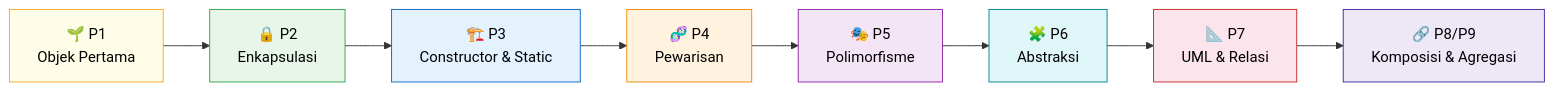
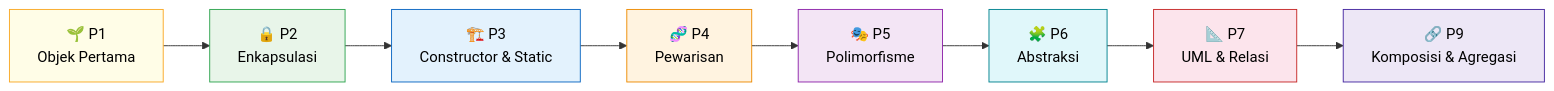
One commit to muhammadkiro516-netizen/Praktikum-PBO-A-MuhammadSalmanAlFarisi-4525210141 changed the first of 2 diagrams in README.md. Above: the diagram before and after it, drawn with Mermaid. The commit also changed other lines of this file and 67 other files, not shown here.

````diff
--- a/README.md
+++ b/README.md
@@ -27,17 +29,17 @@
 ```mermaid
 flowchart LR
     Z["🌱 P1<br/>Objek Pertama"] --> A["🔒 P2<br/>Enkapsulasi"] --> B["🏗️ P3<br/>Constructor & Static"]
     B --> C["🧬 P4<br/>Pewarisan"]
     C --> D["🎭 P5<br/>Polimorfisme"]
     D --> E["🧩 P6<br/>Abstraksi"]
     E --> F["📐 P7<br/>UML & Relasi"]
-    F --> G["🔗 P8/P9<br/>Komposisi & Agregasi"]
+    F --> G["🔗 P9<br/>Komposisi & Agregasi"]
     style Z fill:#fffde7,stroke:#F9A825,color:#000
     style A fill:#e8f5e9,stroke:#2ea44f,color:#000
     style B fill:#e3f2fd,stroke:#0A66C2,color:#000
     style C fill:#fff3e0,stroke:#ED8B00,color:#000
     style D fill:#f3e5f5,stroke:#8E24AA,color:#000
     style E fill:#e0f7fa,stroke:#00838F,color:#000
     style F fill:#fce4ec,stroke:#C62828,color:#000
     style G fill:#ede7f6,stroke:#4527A0,color:#000
 ```
````
